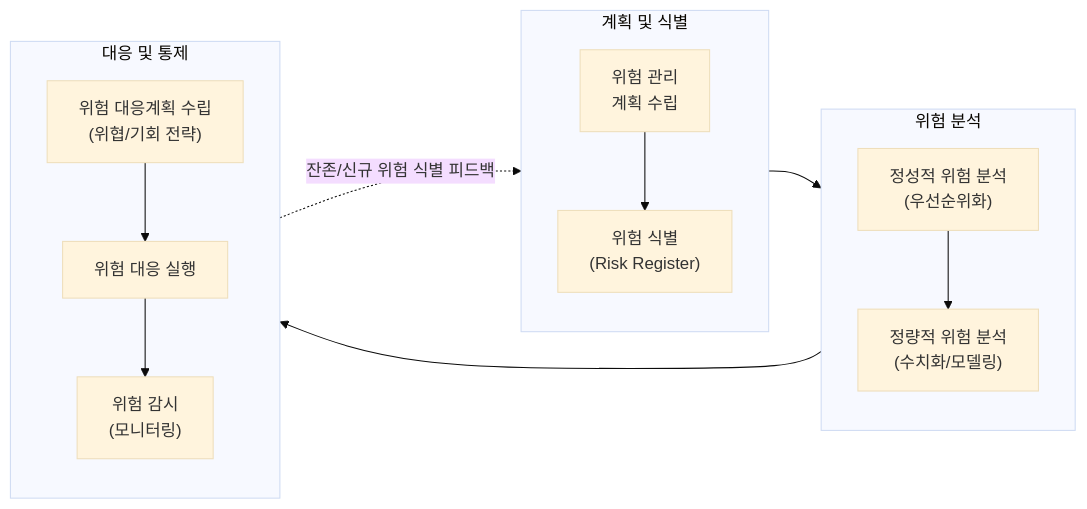
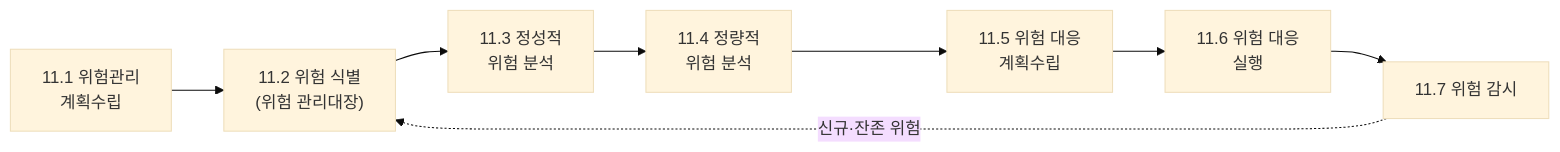
One commit to supremethumb/supremethumb.github.io changed the diagram in content/01_IT Tech/프로젝트 위험관리.md. Above: the diagram before and after it, drawn with Mermaid (base theme). The commit also changed other lines of this file and 1087 other files, not shown here.

````diff
--- a/content/01_IT Tech/프로젝트 위험관리.md
+++ b/content/01_IT Tech/프로젝트 위험관리.md
@@ -28,23 +36,10 @@
 ```mermaid
 flowchart LR
-    subgraph "계획 및 식별"
-        direction TB
-        Plan["위험 관리<br/>계획 수립"] --> Identify["위험 식별<br/>(Risk Register)"]
-    end
-    
-    subgraph "위험 분석"
-        direction TB
-        Qualitative["정성적 위험 분석<br/>(우선순위화)"] --> Quantitative["정량적 위험 분석<br/>(수치화/모델링)"]
-    end
-    
-    subgraph "대응 및 통제"
-        direction TB
-        ResponsePlan["위험 대응계획 수립<br/>(위협/기회 전략)"] --> ResponseImpl["위험 대응 실행"]
-        ResponseImpl --> Monitor["위험 감시<br/>(모니터링)"]
-    end
-    
-    Identify --> Qualitative
-    Quantitative --> ResponsePlan
-    Monitor -. "잔존/신규 위험 식별 피드백" .-> Identify
-
+    P1["11.1 위험관리<br/>계획수립"] --> P2["11.2 위험 식별<br/>(위험 관리대장)"]
+    P2 --> P3["11.3 정성적<br/>위험 분석"]
+    P3 --> P4["11.4 정량적<br/>위험 분석"]
+    P4 --> P5["11.5 위험 대응<br/>계획수립"]
+    P5 --> P6["11.6 위험 대응<br/>실행"]
+    P6 --> P7["11.7 위험 감시"]
+    P7 -. "신규·잔존 위험" .-> P2
 ```
````
